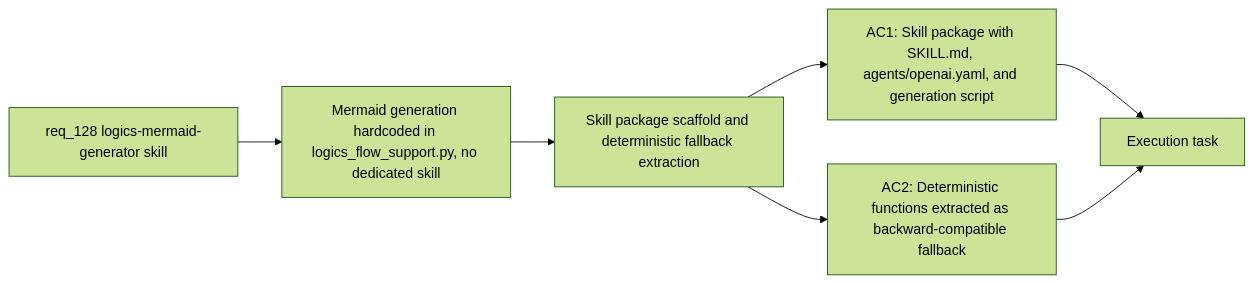
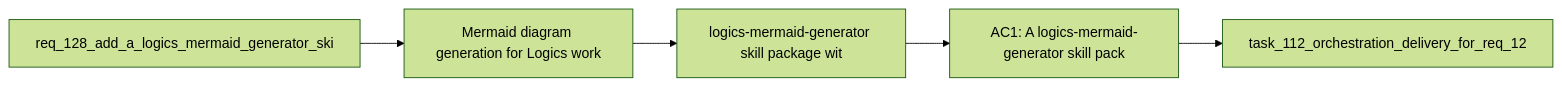
The diagram in logics/backlog/item_236_logics_mermaid_generator_skill_package_with_deterministic_fallback.md (AlexAgo83/logics-manager), drawn with Mermaid (forest theme) before and after one commit. The commit also changed other lines of this file and 481 other files, not shown here.

````diff
--- a/logics/backlog/item_236_logics_mermaid_generator_skill_package_with_deterministic_fallback.md
+++ b/logics/backlog/item_236_logics_mermaid_generator_skill_package_with_deterministic_fallback.md
@@ -22,11 +22,9 @@
 ```mermaid
 %% logics-kind: backlog
 %% logics-signature: backlog|logics-mermaid-generator-skill-package-w|req-128-add-a-logics-mermaid-generator-s|mermaid-diagram-generation-for-logics-wo|ac1-a-logics-mermaid-generator-skill-pac
 flowchart LR
-    Request[req_128 logics-mermaid-generator skill] --> Problem[Mermaid generation hardcoded in logics_flow_support.py, no dedicated skill]
-    Problem --> Scope[Skill package scaffold and deterministic fallback extraction]
-    Scope --> AC1[AC1: Skill package with SKILL.md, agents/openai.yaml, and generation script]
-    Scope --> AC2[AC2: Deterministic functions extracted as backward-compatible fallback]
-    AC1 --> Tasks[Execution task]
-    AC2 --> Tasks
+    Request[req_128_add_a_logics_mermaid_generator_ski] --> Problem[Mermaid diagram generation for Logics work]
+    Problem --> Scope[logics-mermaid-generator skill package wit]
+    Scope --> Acceptance[AC1: A logics-mermaid-generator skill pack]
+    Acceptance --> Tasks[task_112_orchestration_delivery_for_req_12]
 ```
````
